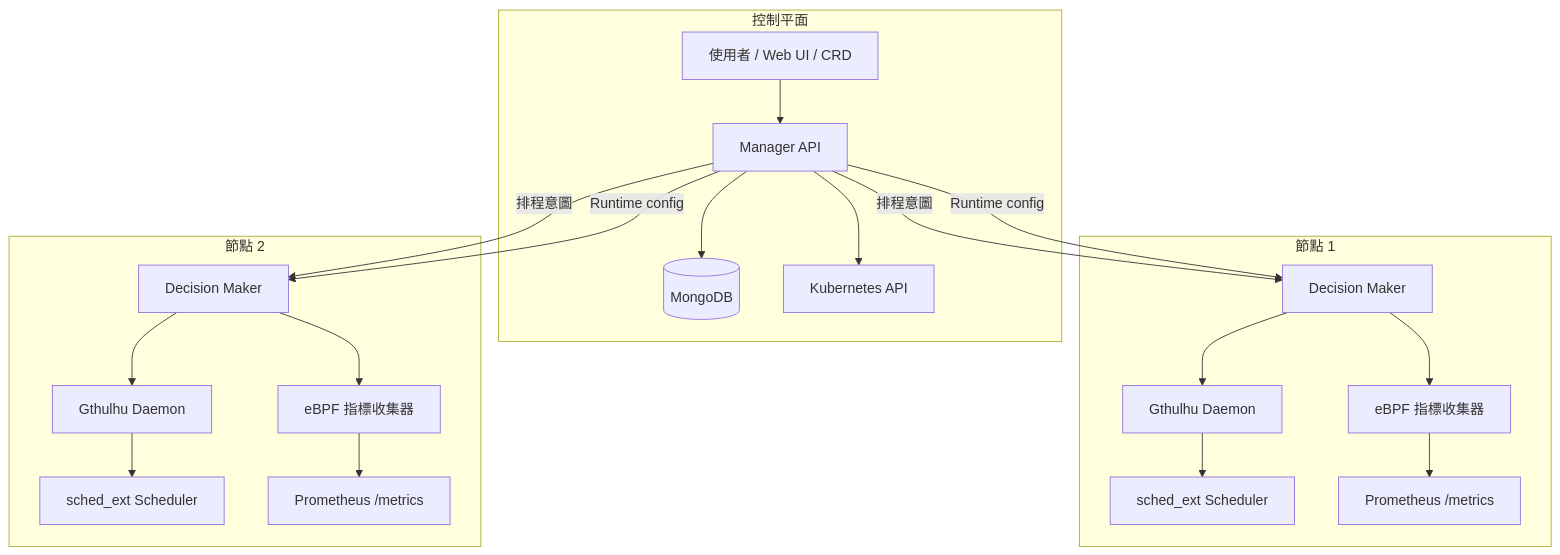
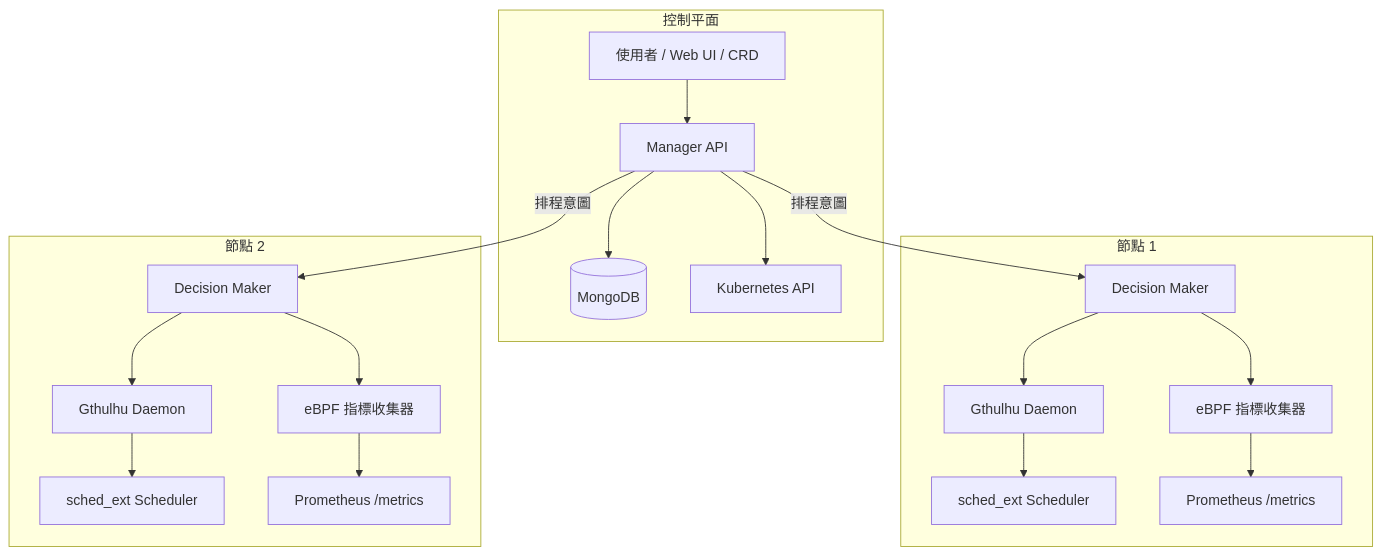
One commit to Gthulhu/docs changed the first of 3 diagrams in docs/how-it-works.zh.md. Above: the diagram before and after it, drawn with Mermaid. The commit also changed other lines of this file, not shown here.

````diff
--- a/docs/how-it-works.zh.md
+++ b/docs/how-it-works.zh.md
@@ -12,27 +12,25 @@
 ```mermaid
 graph TB
     subgraph "控制平面"
         U[使用者 / Web UI / CRD] --> M[Manager API]
         M --> DB[(MongoDB)]
         M --> K8S[Kubernetes API]
     end
 
     M -->|排程意圖| DM1
     M -->|排程意圖| DM2
-    M -->|Runtime config| DM1
-    M -->|Runtime config| DM2
 
     subgraph "節點 1"
         DM1[Decision Maker] --> MON1[eBPF 指標收集器]
         DM1 --> G1[Gthulhu Daemon]
         G1 --> S1[sched_ext Scheduler]
         MON1 --> P1[Prometheus /metrics]
     end
 
     subgraph "節點 2"
         DM2[Decision Maker] --> MON2[eBPF 指標收集器]
         DM2 --> G2[Gthulhu Daemon]
         G2 --> S2[sched_ext Scheduler]
         MON2 --> P2[Prometheus /metrics]
     end
 ```
````
